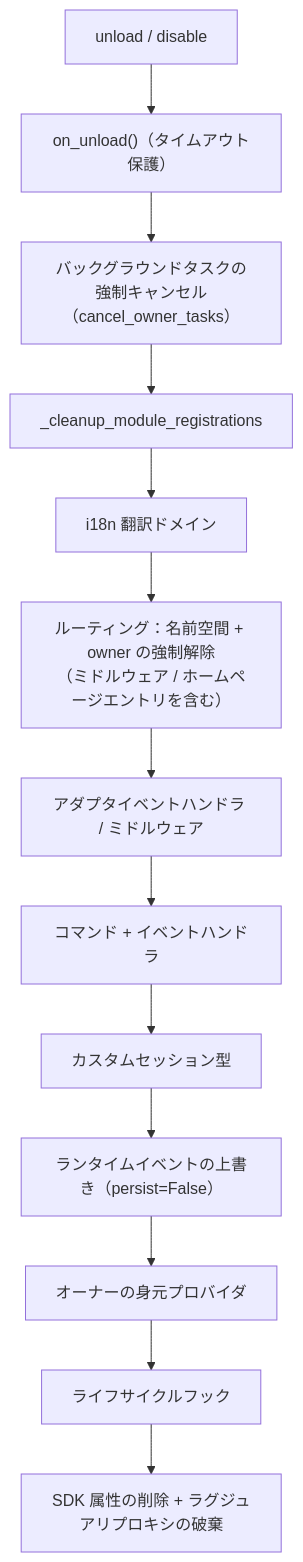
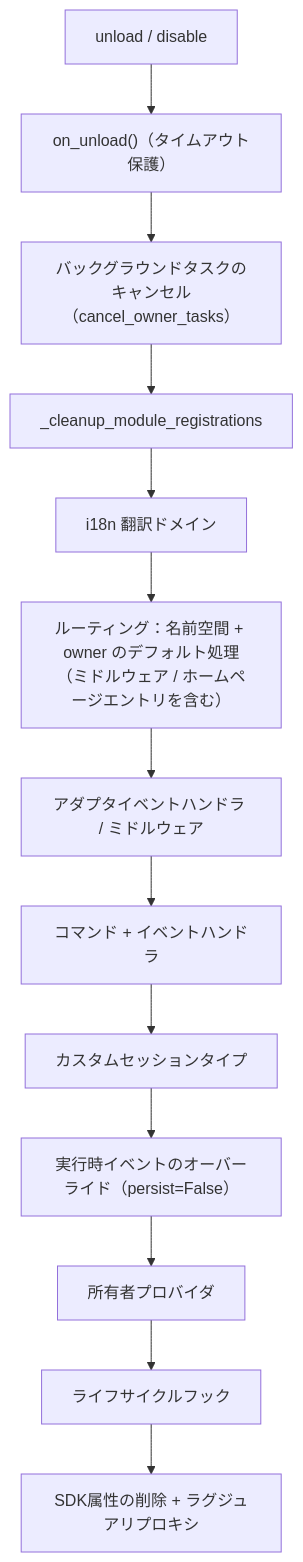
Before and after one commit to ErisPulse/ErisPulse: the diagram in docs/ja/advanced/ownership.md, drawn with Mermaid. The commit also changed other lines of this file and 622 other files, not shown here.

````diff
--- a/docs/ja/advanced/ownership.md
+++ b/docs/ja/advanced/ownership.md
@@ -74,15 +72,15 @@
 ```mermaid
 flowchart TD
     A["unload / disable"] --> B["on_unload()（タイムアウト保護）"]
-    B --> C["バックグラウンドタスクの強制キャンセル（cancel_owner_tasks）"]
+    B --> C["バックグラウンドタスクのキャンセル（cancel_owner_tasks）"]
     C --> D["_cleanup_module_registrations"]
     D --> D1["i18n 翻訳ドメイン"]
-    D1 --> D2["ルーティング：名前空間 + owner の強制解除<br/>（ミドルウェア / ホームページエントリを含む）"]
+    D1 --> D2["ルーティング：名前空間 + owner のデフォルト処理<br/>（ミドルウェア / ホームページエントリを含む）"]
     D2 --> D3["アダプタイベントハンドラ / ミドルウェア"]
     D3 --> D4["コマンド + イベントハンドラ"]
-    D4 --> D5["カスタムセッション型"]
-    D5 --> D6["ランタイムイベントの上書き（persist=False）"]
-    D6 --> D7["オーナーの身元プロバイダ"]
+    D4 --> D5["カスタムセッションタイプ"]
+    D5 --> D6["実行時イベントのオーバーライド（persist=False）"]
+    D6 --> D7["所有者プロバイダ"]
     D7 --> D8["ライフサイクルフック"]
-    D8 --> E["SDK 属性の削除 + ラグジュアリプロキシの破棄"]
+    D8 --> E["SDK属性の削除 + ラグジュアリプロキシ"]
 ```
````
